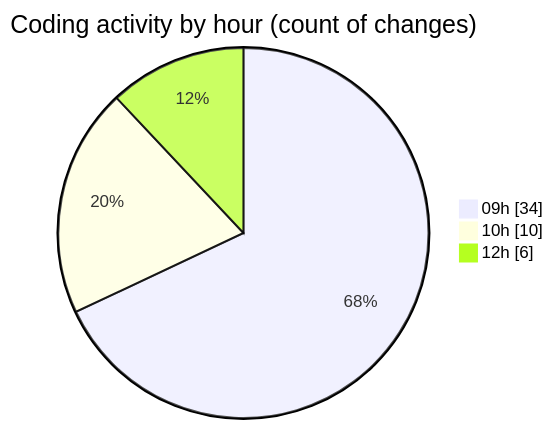
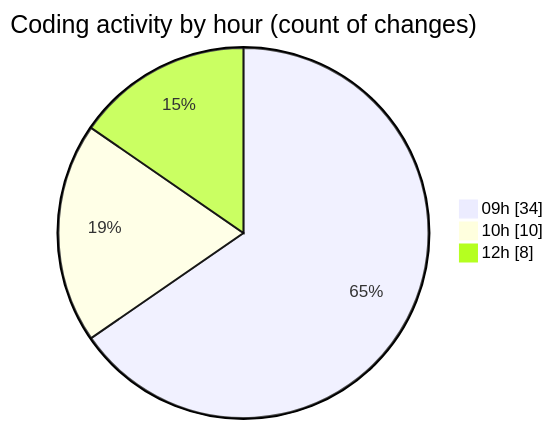
One commit to momahboobian/code-tracking changed the second of 2 diagrams in 2026-07-20/cda/README.md. Above: the diagram before and after it, drawn with Mermaid. The commit also changed other lines of this file and 1 other file, not shown here.

````diff
--- a/2026-07-20/cda/README.md
+++ b/2026-07-20/cda/README.md
@@ -64,7 +64,7 @@
 ```mermaid
 pie showData
 title Coding activity by hour (count of changes)
 "09h" : 34
 "10h" : 10
-"12h" : 6
+"12h" : 8
 ```
````
